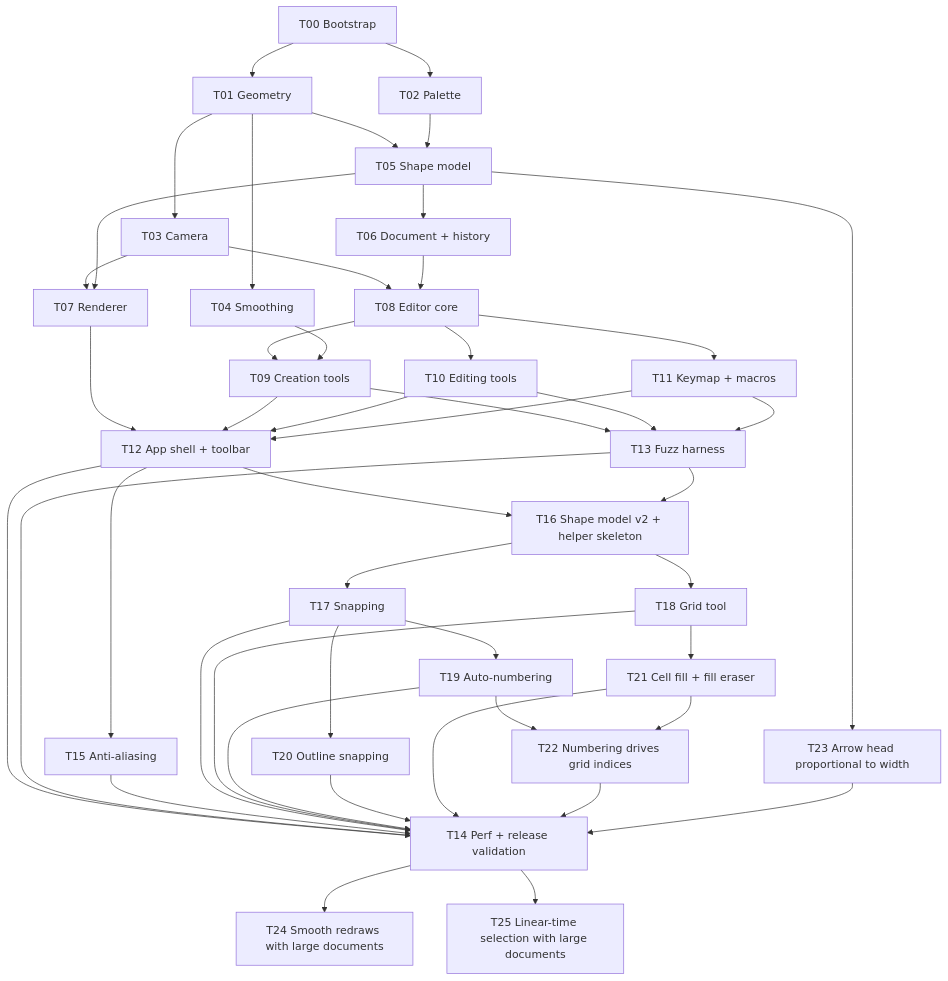
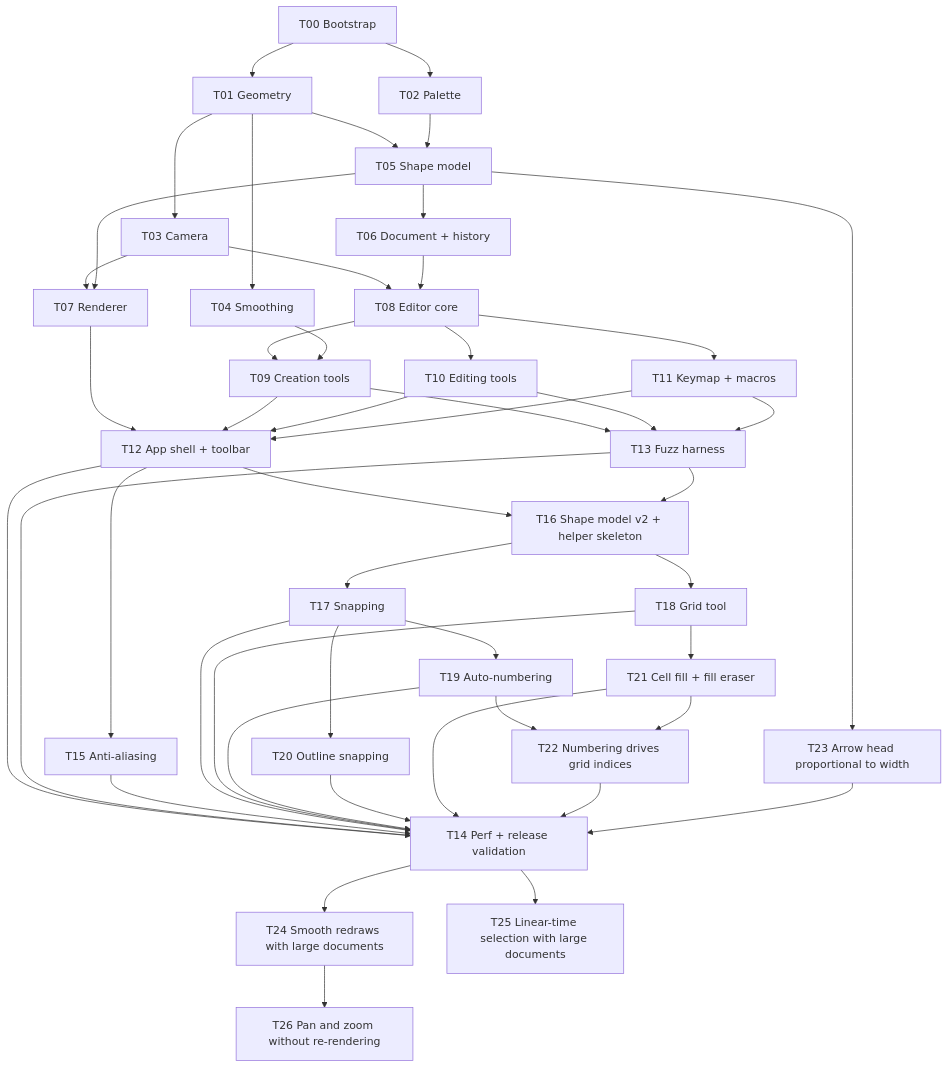
Before and after one commit to UmBender/draw: the diagram in docs/tasks/Task Board.md, drawn with Mermaid. The commit also changed other lines of this file and 1 other file, not shown here.

First line of the commit message:
docs: add T26 task note for pan and zoom without re-rendering

````diff
--- a/docs/tasks/Task Board.md
+++ b/docs/tasks/Task Board.md
@@ -12,48 +12,49 @@
 ```mermaid
 flowchart TD
   T00[T00 Bootstrap] --> T01[T01 Geometry]
   T00 --> T02[T02 Palette]
   T01 --> T03[T03 Camera]
   T01 --> T04[T04 Smoothing]
   T01 --> T05[T05 Shape model]
   T02 --> T05
   T05 --> T06[T06 Document + history]
   T03 --> T07[T07 Renderer]
   T05 --> T07
   T03 --> T08[T08 Editor core]
   T06 --> T08
   T08 --> T09[T09 Creation tools]
   T04 --> T09
   T08 --> T10[T10 Editing tools]
   T08 --> T11[T11 Keymap + macros]
   T07 --> T12[T12 App shell + toolbar]
   T09 --> T12
   T10 --> T12
   T11 --> T12
   T09 --> T13[T13 Fuzz harness]
   T10 --> T13
   T11 --> T13
   T12 --> T14[T14 Perf + release validation]
   T13 --> T14
   T12 --> T15[T15 Anti-aliasing]
   T12 --> T16[T16 Shape model v2 + helper skeleton]
   T13 --> T16
   T16 --> T17[T17 Snapping]
   T16 --> T18[T18 Grid tool]
   T17 --> T19[T19 Auto-numbering]
   T17 --> T20[T20 Outline snapping]
   T15 --> T14
   T17 --> T14
   T18 --> T14
   T19 --> T14
   T20 --> T14
   T18 --> T21[T21 Cell fill + fill eraser]
   T21 --> T14
   T19 --> T22[T22 Numbering drives grid indices]
   T21 --> T22
   T22 --> T14
   T05 --> T23[T23 Arrow head proportional to width]
   T23 --> T14
   T14 --> T24[T24 Smooth redraws with large documents]
   T14 --> T25[T25 Linear-time selection with large documents]
+  T24 --> T26[T26 Pan and zoom without re-rendering]
 ```
````
